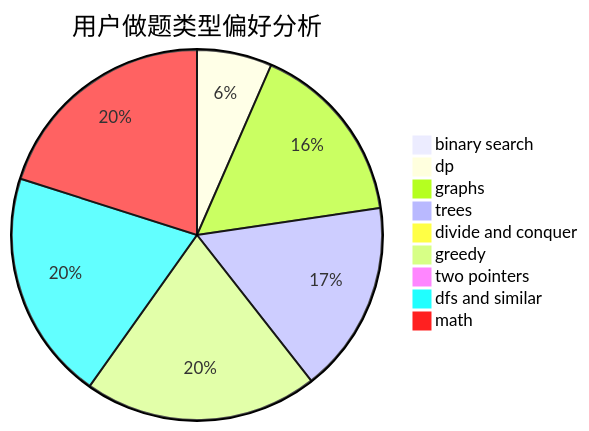
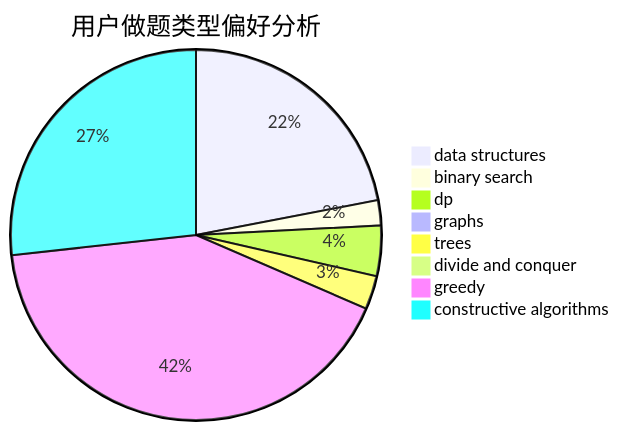
The second of 3 diagrams in docs/user/u1562.md (sherpahu/cfrs.github.io), drawn with Mermaid before and after one commit. The commit also changed other lines of this file and 2775 other files, not shown here.

````diff
--- a/docs/user/u1562.md
+++ b/docs/user/u1562.md
@@ -23,12 +23,11 @@
 ```mermaid
 pie title 用户做题类型偏好分析
-    "binary search" :  9
-    "dp" :  61
-    "graphs" :  150
-    "trees" :  156
+    "data structures" :  60
+    "binary search" :  6
+    "dp" :  12
+    "graphs" :  1
+    "trees" :  8
     "divide and conquer" :  0
-    "greedy" :  190
-    "two pointers" :  4
-    "dfs and similar" :  187
-    "math" :  187
+    "greedy" :  114
+    "constructive algorithms" :  73
 ```
````
